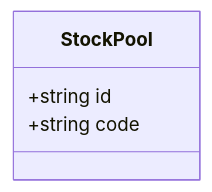
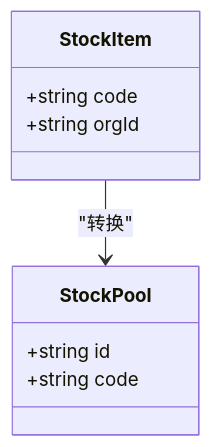
Before and after one commit to iverwong/DataLife: the fourth of 8 diagrams in .qoder/repowiki/zh/content/核心模块详解/数据模型定义/数据模型定义.md, drawn with Mermaid. The commit also changed other lines of this file and 6 other files, not shown here.

````diff
--- a/.qoder/repowiki/zh/content/核心模块详解/数据模型定义/数据模型定义.md
+++ b/.qoder/repowiki/zh/content/核心模块详解/数据模型定义/数据模型定义.md
@@ -223,7 +409,12 @@
 ```mermaid
 classDiagram
 class StockPool {
 +string id
 +string code
 }
+class StockItem {
++string code
++string orgId
+}
+StockItem --> StockPool : "转换"
 ```
````
